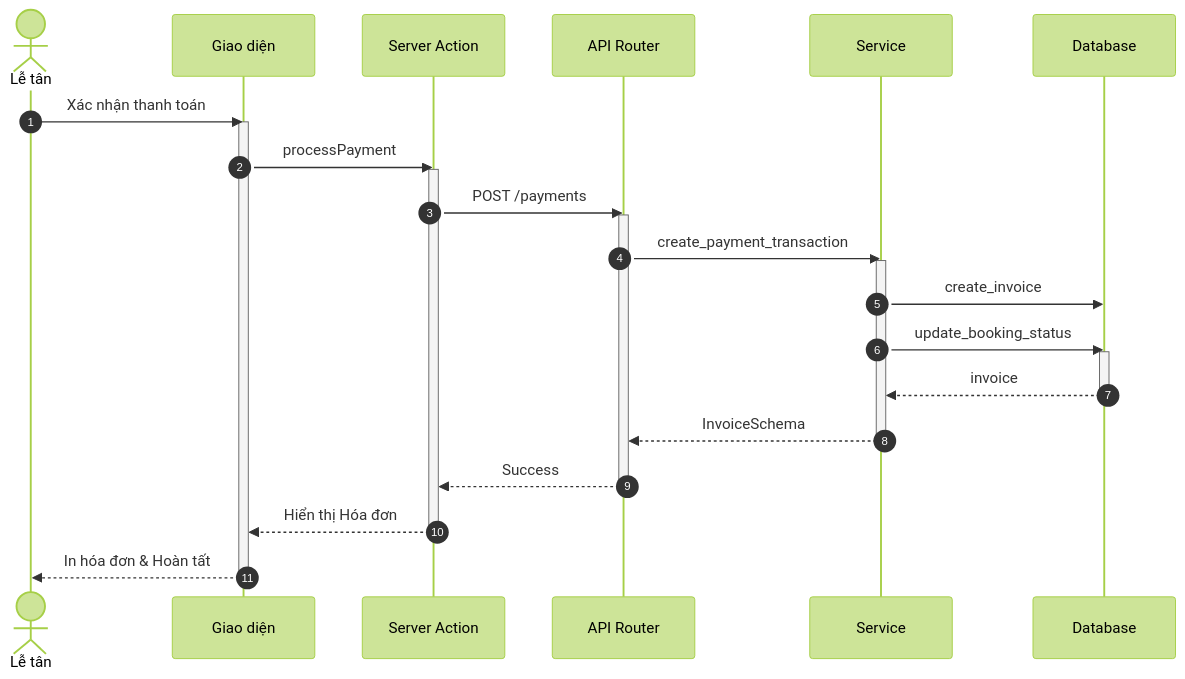
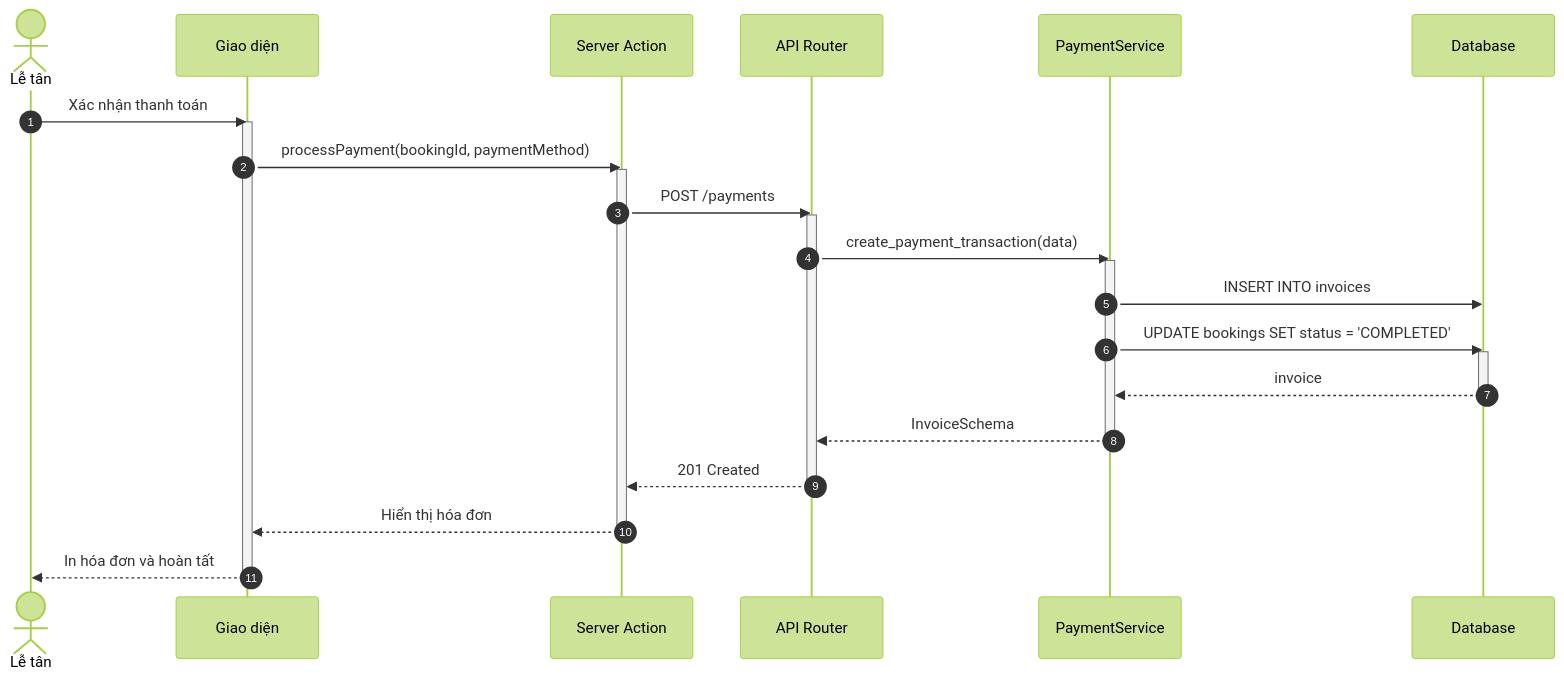
One commit to ngoctinn/Synapse changed the fifth of 7 diagrams in docs/design/sequences/receptionist_flows.md. Above: the diagram before and after it, drawn with Mermaid (forest theme). The commit also changed other lines of this file and 11 other files, not shown here.

Commit message:
docs: Add initial design documentation, including architecture, UI, use cases, and detailed sequence diagrams for various user flows.

````diff
--- a/docs/design/sequences/receptionist_flows.md
+++ b/docs/design/sequences/receptionist_flows.md
@@ -194,39 +253,39 @@
 ```mermaid
 sequenceDiagram
     autonumber
     actor LT as Lễ tân
     participant UI as Giao diện
     participant BFF as Server Action
     participant API as API Router
-    participant S as Service
+    participant S as PaymentService
     participant DB as Database
 
     LT->>UI: Xác nhận thanh toán
     activate UI
-    UI->>BFF: processPayment
+    UI->>BFF: processPayment(bookingId, paymentMethod)
     activate BFF
 
     BFF->>API: POST /payments
     activate API
 
-    API->>S: create_payment_transaction
+    API->>S: create_payment_transaction(data)
     activate S
 
-    S->>DB: create_invoice
-    S->>DB: update_booking_status
+    S->>DB: INSERT INTO invoices
+    S->>DB: UPDATE bookings SET status = 'COMPLETED'
     activate DB
     DB-->>S: invoice
     deactivate DB
 
     S-->>API: InvoiceSchema
     deactivate S
 
-    API-->>BFF: Success
+    API-->>BFF: 201 Created
     deactivate API
 
-    BFF-->>UI: Hiển thị Hóa đơn
+    BFF-->>UI: Hiển thị hóa đơn
     deactivate BFF
 
-    UI-->>LT: In hóa đơn & Hoàn tất
+    UI-->>LT: In hóa đơn và hoàn tất
     deactivate UI
 ```
````
